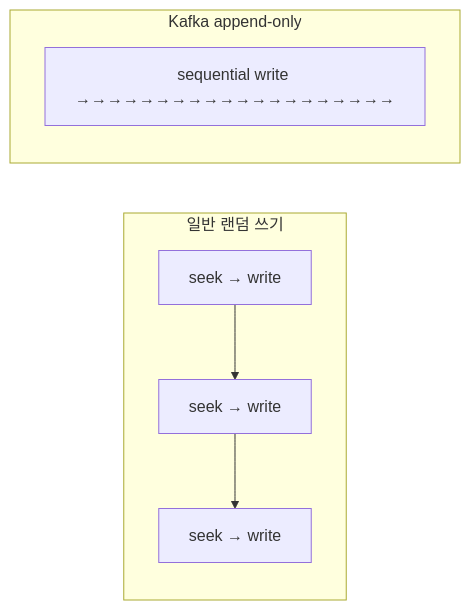
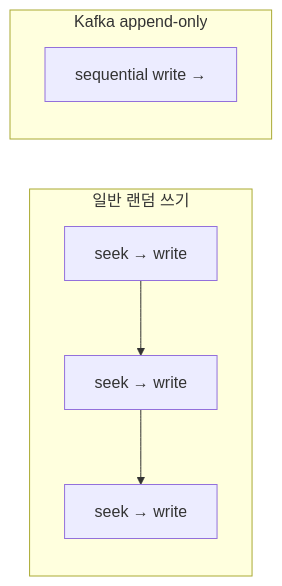
Before and after one commit to yjkim2015/yjkim2015.github.io: diagram 11 of 17 in _posts/kafka/2026-05-01-kafka-fundamentals.md, drawn with Mermaid. The commit also changed other lines of this file and 271 other files, not shown here.

First line of the commit message:
Mermaid 라벨 축소: 긴 노드 텍스트 18자 이하로 트림 + \n 제거

````diff
--- a/_posts/kafka/2026-05-01-kafka-fundamentals.md
+++ b/_posts/kafka/2026-05-01-kafka-fundamentals.md
@@ -393,9 +393,9 @@
 ```mermaid
 graph LR
     subgraph random["일반 랜덤 쓰기"]
         RW1["seek → write"] --> RW2["seek → write"] --> RW3["seek → write"]
     end
     subgraph seq["Kafka append-only"]
-        SW["sequential write →→→→→→→→→→→→→→→→→→→→"]
+        SW["sequential write →"]
     end
 ```
````
